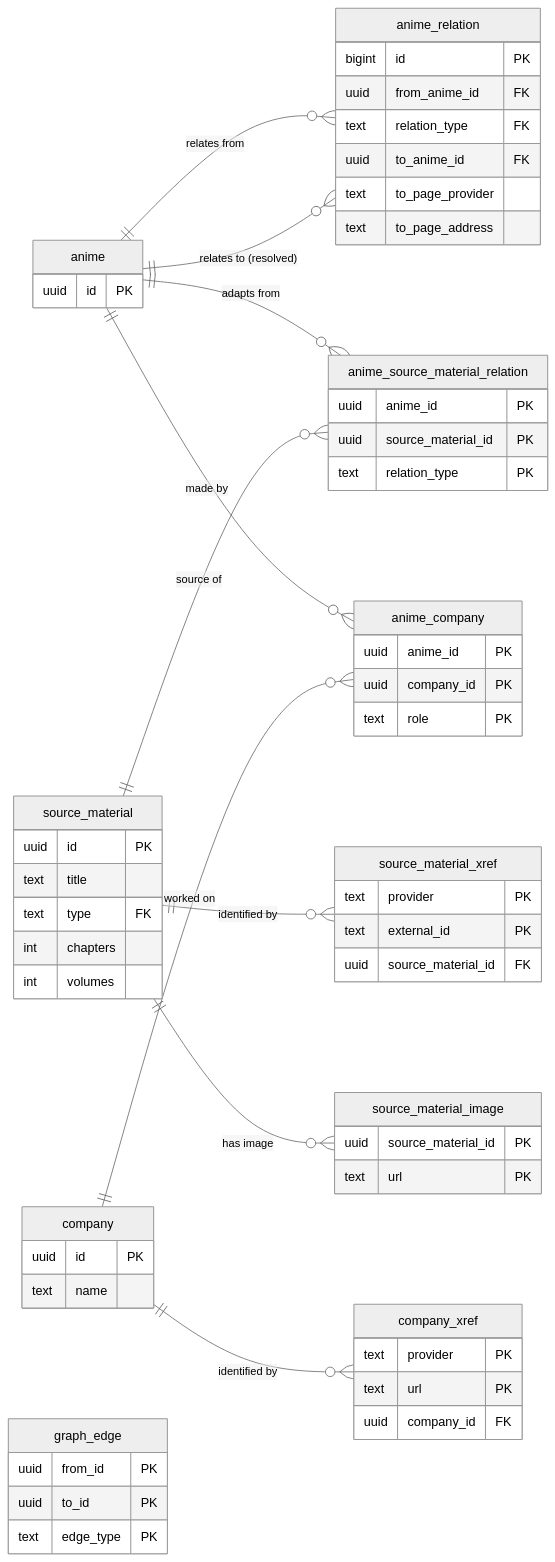
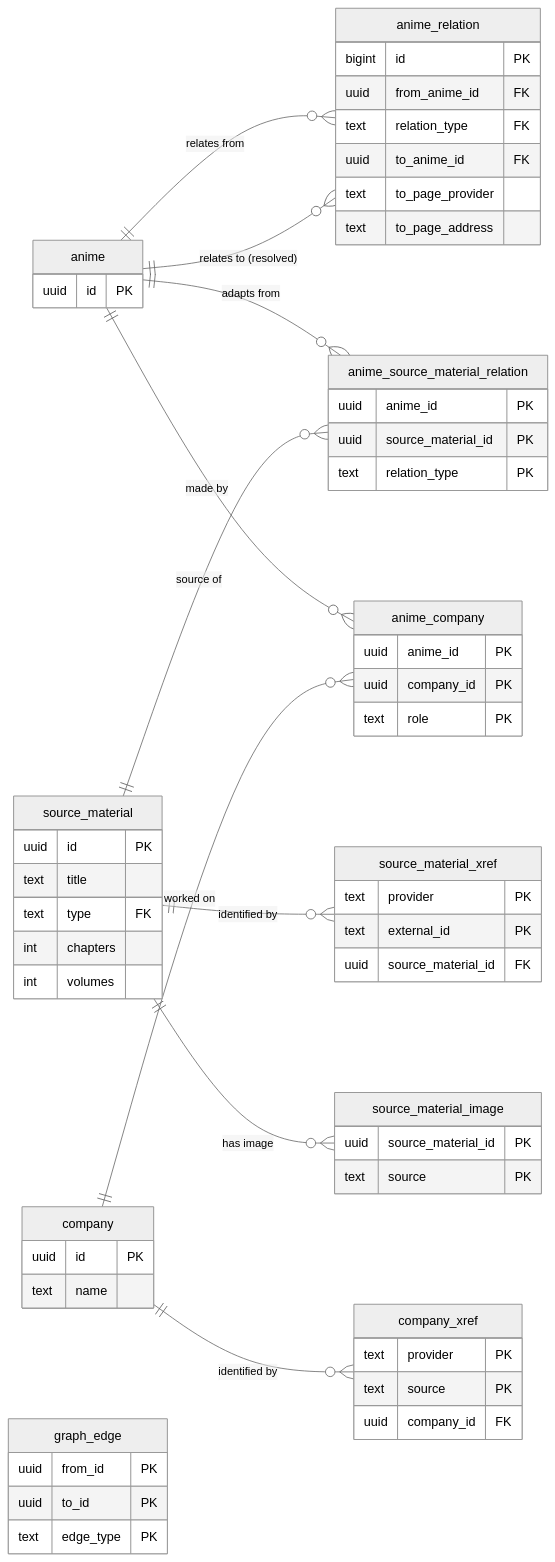
One commit to adnanaq/echora changed the seventh of 7 diagrams in docs/architecture/Database Schema.md. Above: the diagram before and after it, drawn with Mermaid (neutral theme). The commit also changed other lines of this file and 170 other files, not shown here.

````diff
--- a/docs/architecture/Database Schema.md
+++ b/docs/architecture/Database Schema.md
@@ -409,65 +409,65 @@
 ```mermaid
 erDiagram
   direction LR
   anime ||--o{ anime_relation : "relates from"
   anime ||--o{ anime_relation : "relates to (resolved)"
   anime ||--o{ anime_source_material_relation : "adapts from"
   source_material ||--o{ anime_source_material_relation : "source of"
   source_material ||--o{ source_material_xref : "identified by"
   source_material ||--o{ source_material_image : "has image"
   anime ||--o{ anime_company : "made by"
   company ||--o{ anime_company : "worked on"
   company ||--o{ company_xref : "identified by"
 
   anime {
     uuid id PK
   }
   anime_relation {
     bigint id PK
     uuid from_anime_id FK
     text relation_type FK
     uuid to_anime_id FK
     text to_page_provider
     text to_page_address
   }
   source_material {
     uuid id PK
     text title
     text type FK
     int chapters
     int volumes
   }
   anime_source_material_relation {
     uuid anime_id PK
     uuid source_material_id PK
     text relation_type PK
   }
   source_material_xref {
     text provider PK
     text external_id PK
     uuid source_material_id FK
   }
   source_material_image {
     uuid source_material_id PK
-    text url PK
+    text source PK
   }
   company {
     uuid id PK
     text name
   }
   company_xref {
     text provider PK
-    text url PK
+    text source PK
     uuid company_id FK
   }
   anime_company {
     uuid anime_id PK
     uuid company_id PK
     text role PK
   }
   graph_edge {
     uuid from_id PK
     uuid to_id PK
     text edge_type PK
   }
 ```
````
